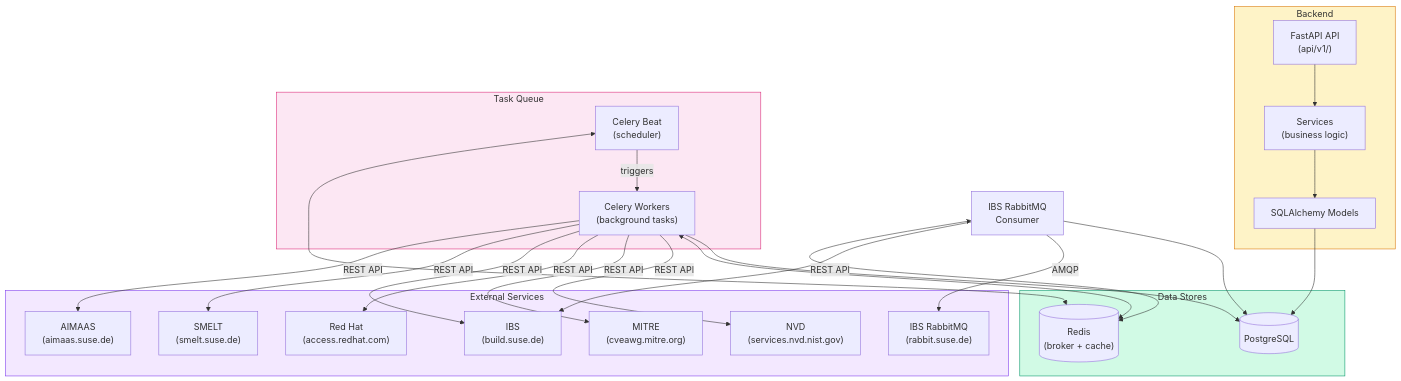
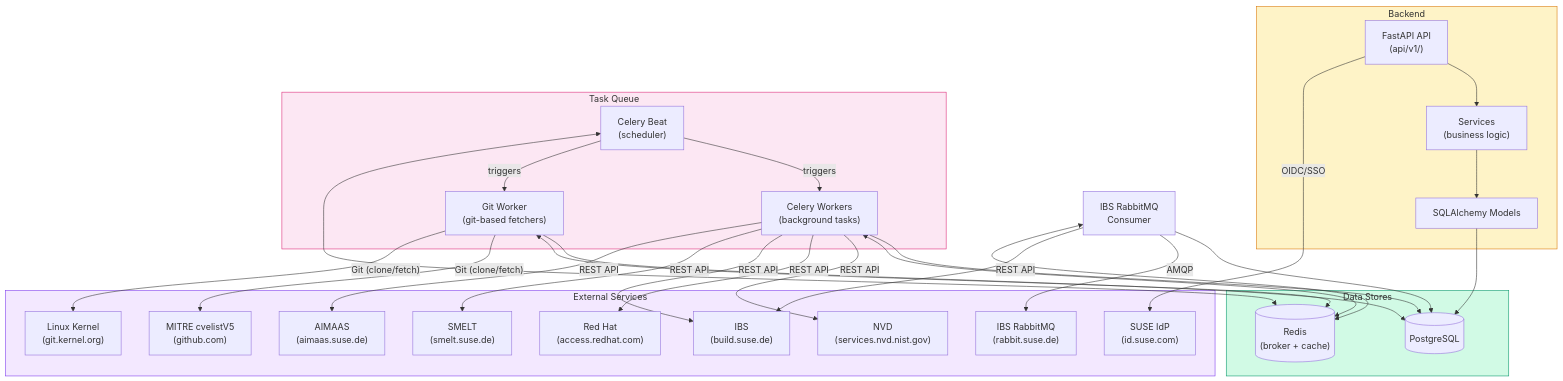
One commit to StayPirate/STAMP changed the first of 7 diagrams in docs/system-map.md. Above: the diagram before and after it, drawn with Mermaid. The commit also changed 4 other files, not shown here.

First line of the commit message:
docs: fix remaining architecture spec findings (ARCH-GAP-003, ARCH-COH-001, ARCH-COH-002)

````diff
--- a/docs/system-map.md
+++ b/docs/system-map.md
@@ -27,54 +27,64 @@
 ```mermaid
 flowchart TB
     subgraph backend["Backend"]
         API["FastAPI API<br/>(api/v1/)"]
         SVC["Services<br/>(business logic)"]
         MDL["SQLAlchemy Models"]
         API --> SVC --> MDL
     end
 
     subgraph taskqueue["Task Queue"]
         BEAT["Celery Beat<br/>(scheduler)"]
         WORKER["Celery Workers<br/>(background tasks)"]
+        GITWORKER["Git Worker<br/>(git-based fetchers)"]
         BEAT -->|triggers| WORKER
+        BEAT -->|triggers| GITWORKER
     end
 
     subgraph datastores["Data Stores"]
         PG[("PostgreSQL")]
         RD[("Redis<br/>(broker + cache)")]
     end
 
     CONSUMER["IBS RabbitMQ<br/>Consumer"]
 
     subgraph external["External Services"]
         NVD["NVD<br/>(services.nvd.nist.gov)"]
-        MITRE["MITRE<br/>(cveawg.mitre.org)"]
+        MITRE["MITRE cvelistV5<br/>(github.com)"]
+        KERNEL["Linux Kernel<br/>(git.kernel.org)"]
         REDHAT["Red Hat<br/>(access.redhat.com)"]
         IBS["IBS<br/>(build.suse.de)"]
         SMELT["SMELT<br/>(smelt.suse.de)"]
         AIMAAS["AIMAAS<br/>(aimaas.suse.de)"]
         RABBIT["IBS RabbitMQ<br/>(rabbit.suse.de)"]
+        IDP["SUSE IdP<br/>(id.suse.com)"]
     end
 
     MDL --> PG
     WORKER --> PG
     WORKER <--> RD
+    GITWORKER --> PG
+    GITWORKER <--> RD
     BEAT <--> RD
     CONSUMER --> PG
 
+    API -->|"OIDC/SSO"| IDP
+
     WORKER -->|"REST API"| NVD
-    WORKER -->|"REST API"| MITRE
     WORKER -->|"REST API"| REDHAT
     WORKER -->|"REST API"| IBS
     WORKER -->|"REST API"| SMELT
     WORKER -->|"REST API"| AIMAAS
+
+    GITWORKER -->|"Git (clone/fetch)"| MITRE
+    GITWORKER -->|"Git (clone/fetch)"| KERNEL
 
     CONSUMER -->|"AMQP"| RABBIT
     CONSUMER -->|"REST API"| IBS
     CONSUMER <--> RD
 
     style backend fill:#fef3c7,stroke:#d97706
     style taskqueue fill:#fce7f3,stroke:#db2777
     style datastores fill:#d1fae5,stroke:#059669
     style external fill:#f3e8ff,stroke:#7c3aed
 ```
````
